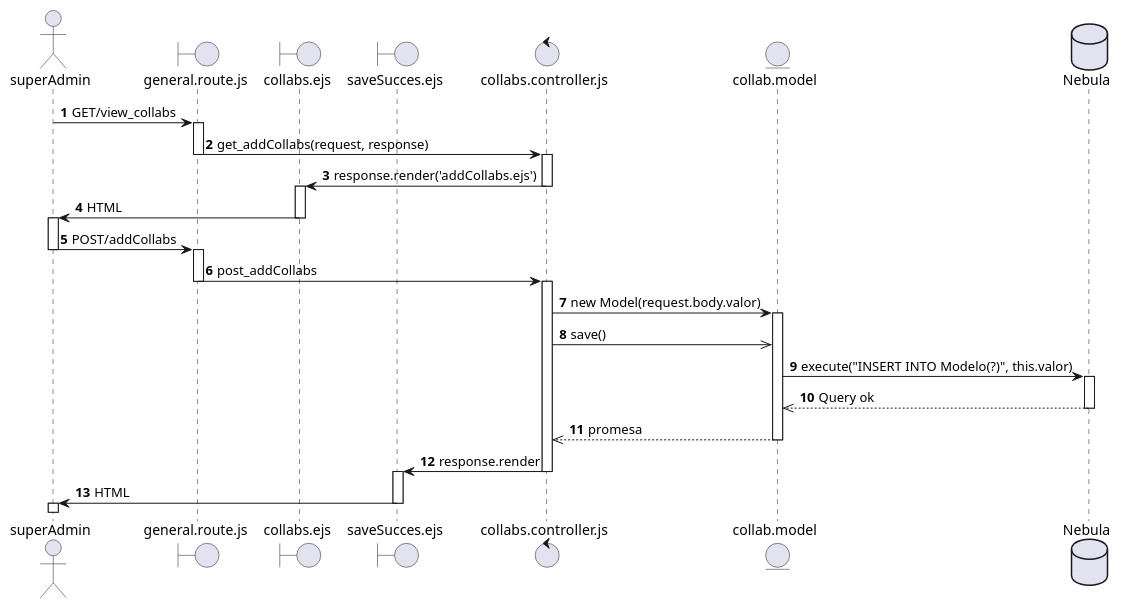
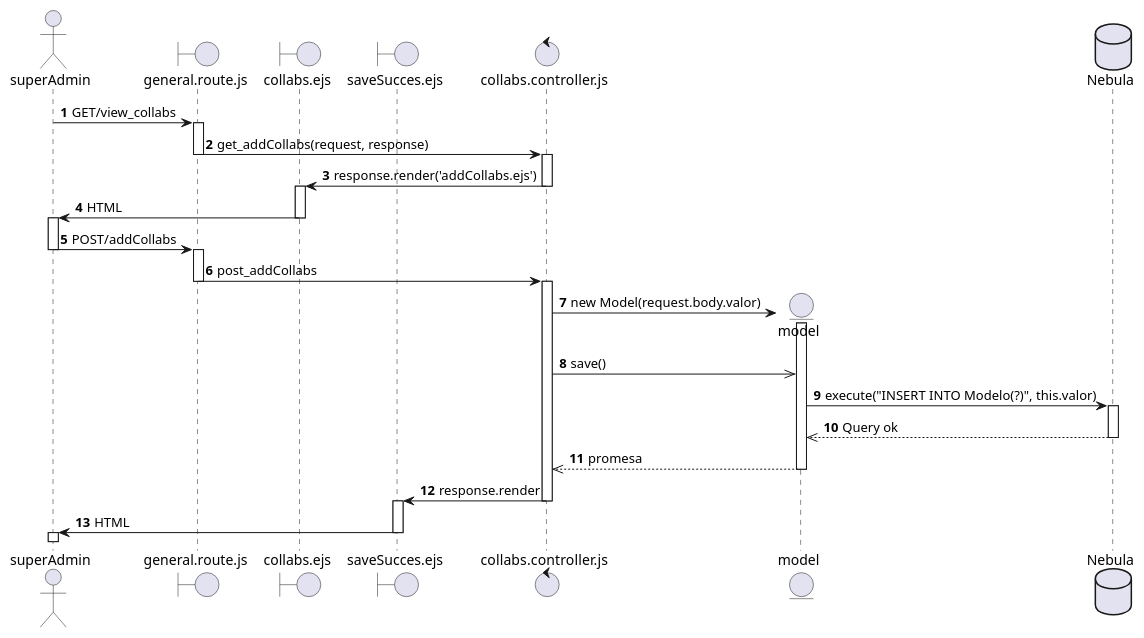
The diagram in diagramas_secuencia/superadmin_registers_collabs.puml (SALV19/Nebula_tc2005b), drawn with PlantUML before and after one commit.

Commit message:
[UPDATE] REQ-29 Sequence Diagrams

```diff
--- a/diagramas_secuencia/superadmin_registers_collabs.puml
+++ b/diagramas_secuencia/superadmin_registers_collabs.puml
@@ -1,58 +1,58 @@
 @startuml REQ-29
 autonumber
 actor superAdmin
 boundary general.route.js as collabsRoute
 boundary collabs.ejs as CollabsView
 boundary saveSucces.ejs as saveSucces
-
 control collabs.controller.js as collabsController
-entity collab.model as collabModel
-database Nebula as nebula
 
 superAdmin -> collabsRoute : GET/view_collabs
 activate collabsRoute
 
 collabsRoute -> collabsController: get_addCollabs(request, response)
 deactivate collabsRoute
 activate collabsController
 
 collabsController -> CollabsView: response.render('addCollabs.ejs')
 deactivate collabsController
 activate CollabsView
 
 CollabsView -> superAdmin: HTML
 deactivate CollabsView
 activate superAdmin
 
 superAdmin -> collabsRoute: POST/addCollabs
 deactivate superAdmin
 activate collabsRoute
 
 collabsRoute -> collabsController: post_addCollabs
 deactivate collabsRoute
 activate collabsController
 
-collabsController -> collabModel: new Model(request.body.valor)
-activate collabModel
+create entity model
+collabsController -> model: new Model(request.body.valor)
+activate model
 
-collabsController ->> collabModel: save()
+collabsController ->> model: save()
 
-collabModel -> nebula: execute("INSERT INTO Modelo(?)", this.valor)
+database Nebula as nebula
+
+model -> nebula: execute("INSERT INTO Modelo(?)", this.valor)
 activate nebula
 
-nebula -->> collabModel: Query ok
+nebula -->> model: Query ok
 deactivate nebula
 
-collabModel -->> collabsController: promesa
-deactivate collabModel
+model -->> collabsController: promesa
+deactivate model
 
 collabsController -> saveSucces: response.render
 deactivate collabsController
 activate saveSucces
 
 saveSucces -> superAdmin: HTML
 deactivate saveSucces
 activate superAdmin
 deactivate superAdmin
 
 @enduml
```
